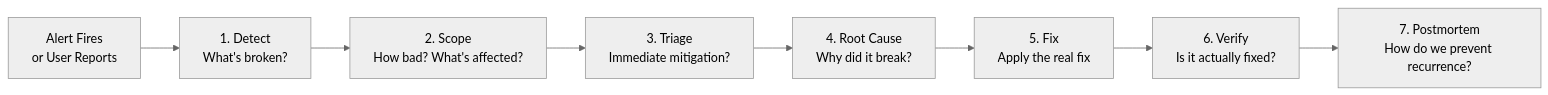
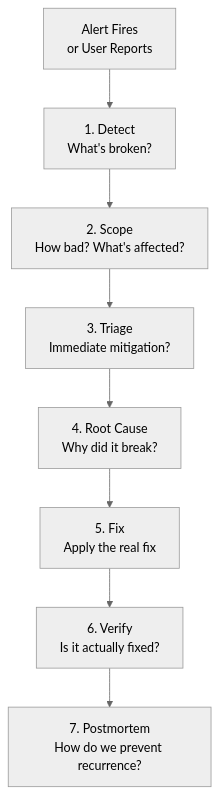
One commit to pndhkm/pndhkm.github.io changed the first of 3 diagrams in docs/kubernetes/study-case/11-failure-simulation.md. Above: the diagram before and after it, drawn with Mermaid (neutral theme). The commit also changed other lines of this file and 13 other files, not shown here.

````diff
--- a/docs/kubernetes/study-case/11-failure-simulation.md
+++ b/docs/kubernetes/study-case/11-failure-simulation.md
@@ -9,10 +9,10 @@
 ```mermaid
-graph LR
-    Alert["Alert Fires\nor User Reports"] --> Detect["1. Detect\nWhat's broken?"]
-    Detect --> Scope["2. Scope\nHow bad? What's affected?"]
-    Scope --> Triage["3. Triage\nImmediate mitigation?"]
-    Triage --> RootCause["4. Root Cause\nWhy did it break?"]
-    RootCause --> Fix["5. Fix\nApply the real fix"]
-    Fix --> Verify["6. Verify\nIs it actually fixed?"]
-    Verify --> Postmortem["7. Postmortem\nHow do we prevent recurrence?"]
+graph TB
+    Alert["Alert Fires<br/>or User Reports"] --> Detect["1. Detect<br/>What's broken?"]
+    Detect --> Scope["2. Scope<br/>How bad? What's affected?"]
+    Scope --> Triage["3. Triage<br/>Immediate mitigation?"]
+    Triage --> RootCause["4. Root Cause<br/>Why did it break?"]
+    RootCause --> Fix["5. Fix<br/>Apply the real fix"]
+    Fix --> Verify["6. Verify<br/>Is it actually fixed?"]
+    Verify --> Postmortem["7. Postmortem<br/>How do we prevent recurrence?"]
 ```
````
